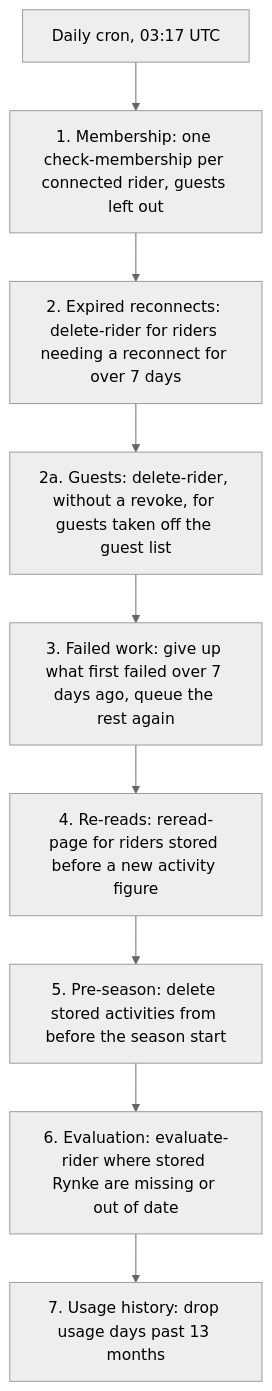
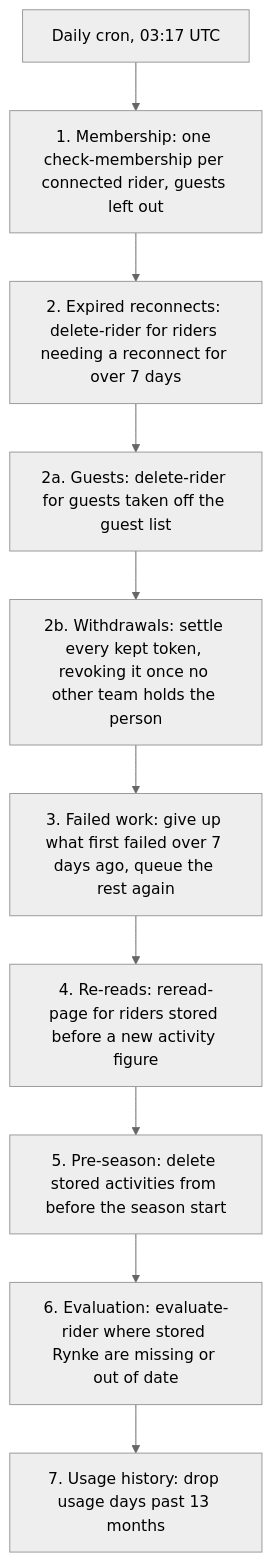
One commit to SaSteffen/RynkePoints changed the fifth of 6 diagrams in docs/how-it-runs.md. Above: the diagram before and after it, drawn with Mermaid (neutral theme). The commit also changed other lines of this file and 38 other files, not shown here.

Commit message:
feat: withdraw a person's Strava grant unless another team holds them

````diff
--- a/docs/how-it-runs.md
+++ b/docs/how-it-runs.md
@@ -260,11 +260,12 @@
 ```mermaid
 flowchart TD
     cron["Daily cron, 03:17 UTC"] --> m["1. Membership: one check-membership per connected rider, guests left out"]
     m --> x["2. Expired reconnects: delete-rider for riders needing a reconnect for over 7 days"]
-    x --> g["2a. Guests: delete-rider, without a revoke, for guests taken off the guest list"]
-    g --> f["3. Failed work: give up what first failed over 7 days ago, queue the rest again"]
+    x --> g["2a. Guests: delete-rider for guests taken off the guest list"]
+    g --> w["2b. Withdrawals: settle every kept token, revoking it once no other team holds the person"]
+    w --> f["3. Failed work: give up what first failed over 7 days ago, queue the rest again"]
     f --> r["4. Re-reads: reread-page for riders stored before a new activity figure"]
     r --> p["5. Pre-season: delete stored activities from before the season start"]
     p --> e["6. Evaluation: evaluate-rider where stored Rynke are missing or out of date"]
     e --> u["7. Usage history: drop usage days past 13 months"]
 ```
````
